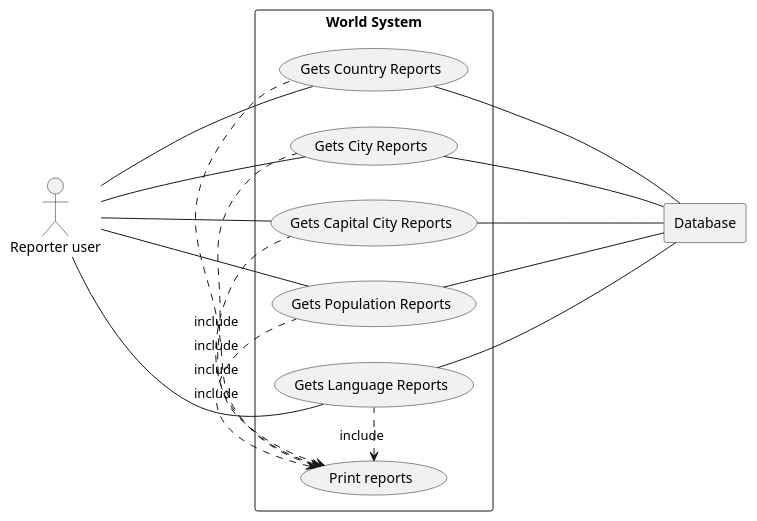
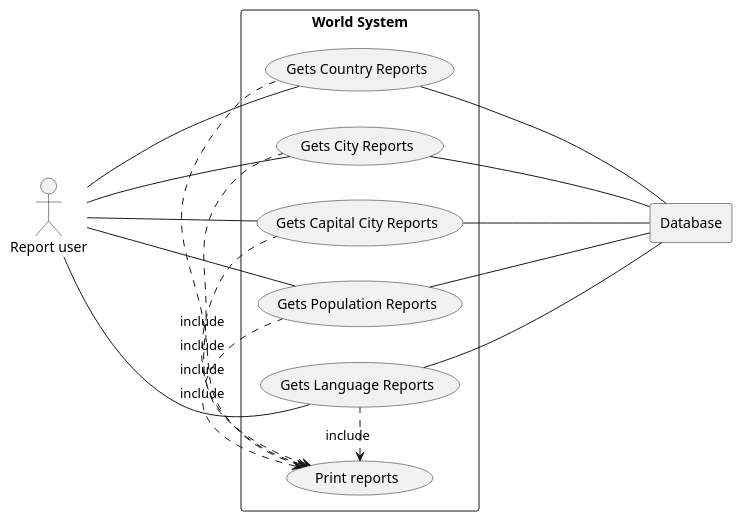
The diagram in use-case-diagram.puml (MelissaAstbury/SEMPopulationInformation), drawn with PlantUML before and after one commit.

Commit message:
Wording corrected.

```diff
--- a/use-case-diagram.puml
+++ b/use-case-diagram.puml
@@ -1,42 +1,42 @@
 @startuml
 
 '' Aligns the chart from left to right
 left to right direction
 '' Creates the main actor (The report user)
-actor "Reporter user" as RU
+actor "Report user" as RU
 
 '' Creates the main rectangle that contains the 5 use cases.
 rectangle "World System" {
     usecase "Gets Country Reports" as UC1
     usecase "Gets City Reports" as UC2
     usecase "Gets Capital City Reports" as UC3
     usecase "Gets Population Reports" as UC4
     usecase "Gets Language Reports" as UC5
     usecase UC1a as "Print reports"
 }
 
 '' Creates a rectangle for the Database.
 rectangle Database
 
 '' Associates the Report User to the 5 use cases.
 RU - UC1
 RU - UC2
 RU - UC3
 RU - UC4
 RU --- UC5
 
 '' Associates the use cases to the "Prints reports" action.
 UC1a <.UC5:  include
 UC1a <.UC4:  include
 UC1a <.UC3:  include
 UC1a <.UC2:  include
 UC1a <.UC1:  include
 
 '' Associates the use cases to the Database.
 UC1 ---- Database
 UC2 - Database
 UC3 - Database
 UC4 - Database
 UC5 - Database
 
 @enduml
```
